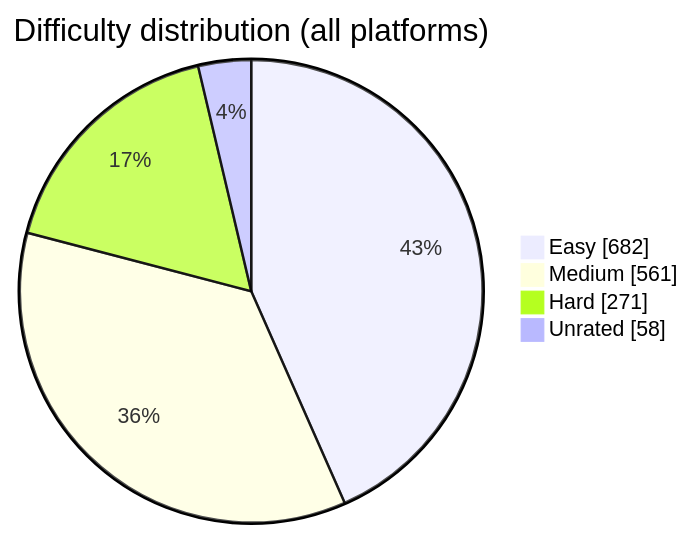
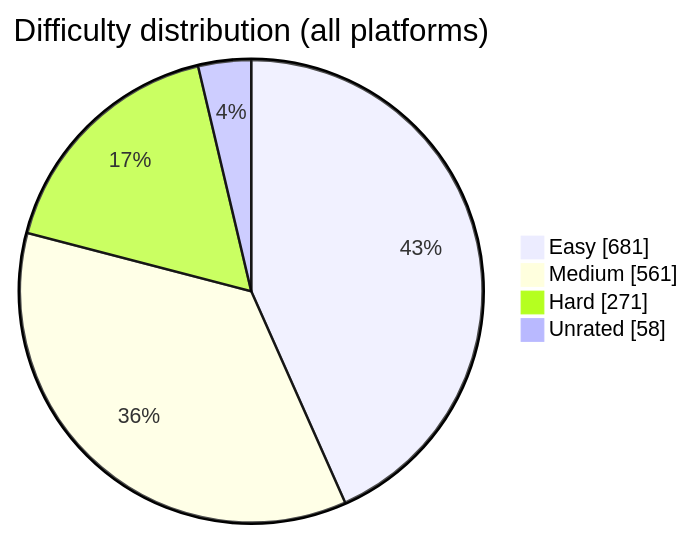
Before and after one commit to BuildbyArindam/Daily-Coding-Log: the diagram in README.md, drawn with Mermaid. The commit also changed other lines of this file, not shown here.

````diff
--- a/README.md
+++ b/README.md
@@ -93,7 +93,7 @@
 ```mermaid
 pie showData title Difficulty distribution (all platforms)
-    "Easy" : 682
+    "Easy" : 681
     "Medium" : 561
     "Hard" : 271
     "Unrated" : 58
 ```
````
